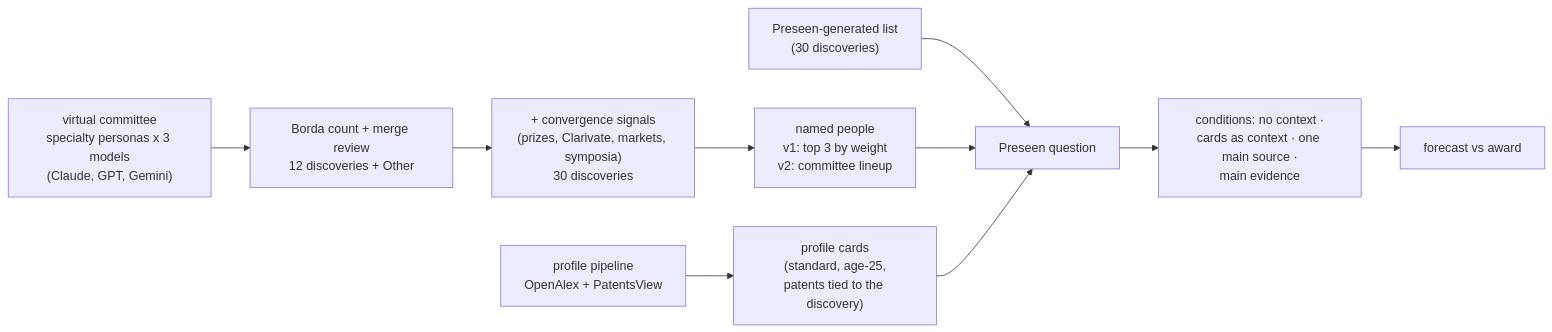
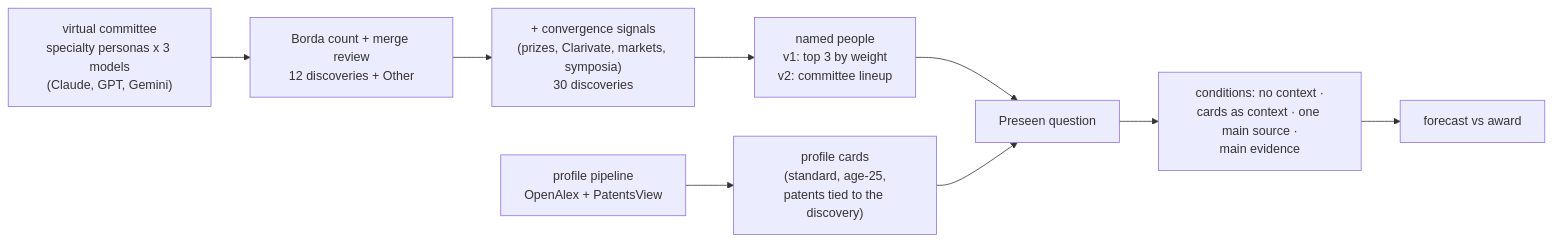
Before and after one commit to Dawoon-Jeong0523/Author_profile: the diagram in README.md, drawn with Mermaid. The commit also changed other lines of this file and 18 other files, not shown here.

````diff
--- a/README.md
+++ b/README.md
@@ -179,11 +226,10 @@
 ```mermaid
 flowchart LR
     C["virtual committee<br/>specialty personas x 3 models<br/>(Claude, GPT, Gemini)"] --> B["Borda count + merge review<br/>12 discoveries + Other"]
     B --> V["+ convergence signals<br/>(prizes, Clarivate, markets, symposia)<br/>30 discoveries"]
-    G["Preseen-generated list<br/>(30 discoveries)"] --> Q
     V --> L["named people<br/>v1: top 3 by weight<br/>v2: committee lineup"] --> Q["Preseen question"]
     P["profile pipeline<br/>OpenAlex + PatentsView"] --> K["profile cards<br/>(standard, age-25,<br/>patents tied to the discovery)"]
     K --> Q
     Q --> A["conditions: no context ·<br/>cards as context · one main source ·<br/>main evidence"]
     A --> S["forecast vs award"]
 ```
````
